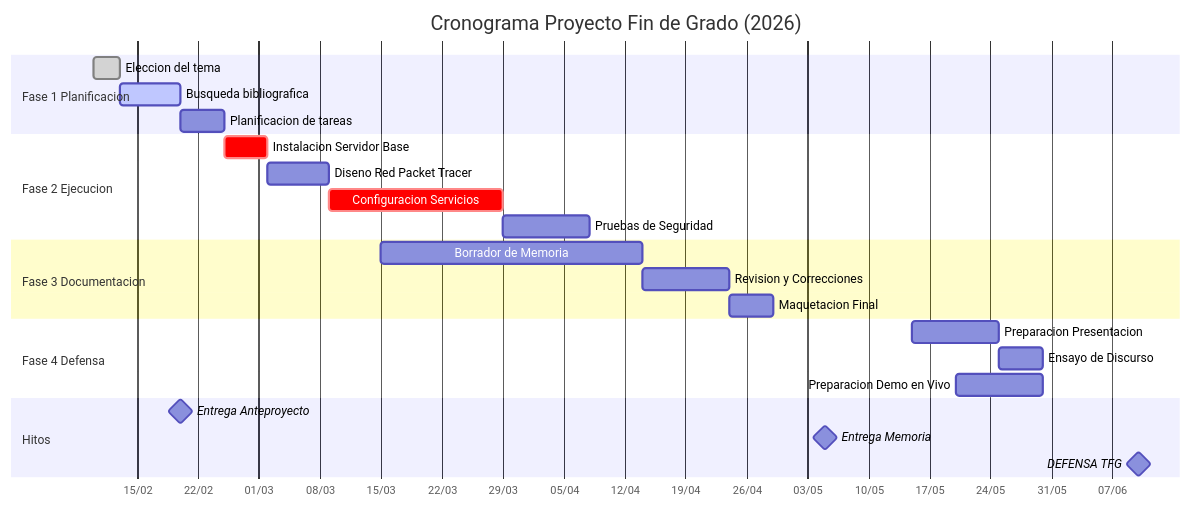
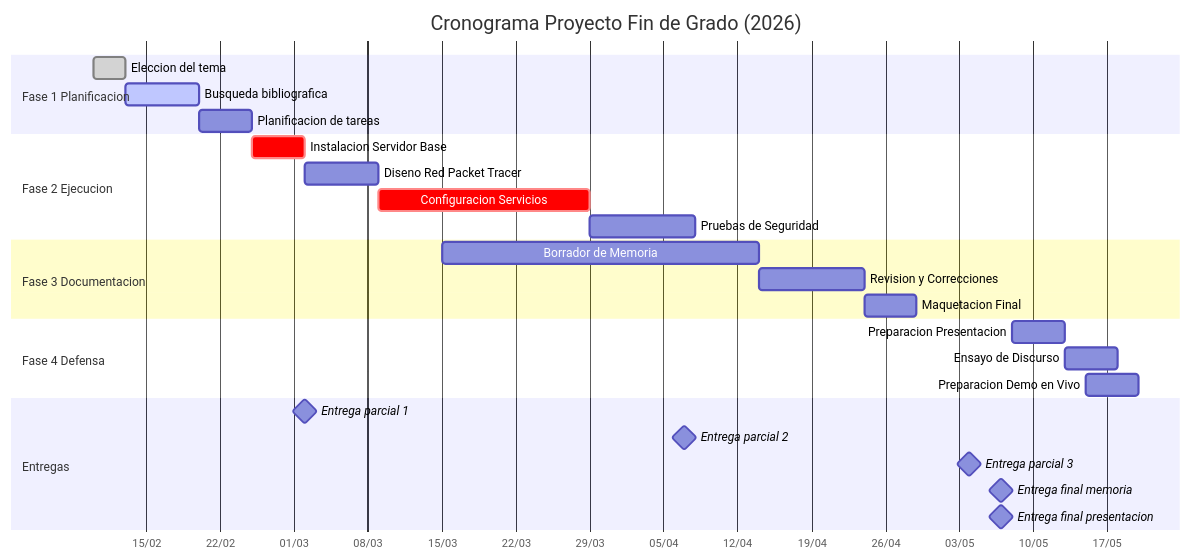
Before and after one commit to Azulma/ASIR: the diagram in README.md, drawn with Mermaid.

````diff
--- a/README.md
+++ b/README.md
@@ -3,32 +3,34 @@
 ```mermaid
 gantt
     title Cronograma Proyecto Fin de Grado (2026)
     dateFormat  YYYY-MM-DD
     axisFormat  %d/%m
 
     section Fase 1 Planificacion
     Eleccion del tema           :done,    F1a, 2026-02-10, 3d
     Busqueda bibliografica      :active,  F1b, after F1a, 7d
     Planificacion de tareas     :         F1c, after F1b, 5d
 
     section Fase 2 Ejecucion
     Instalacion Servidor Base   :crit,    F2a, 2026-02-25, 5d
     Diseno Red Packet Tracer    :         F2b, after F2a, 7d
     Configuracion Servicios     :crit,    F2c, after F2b, 20d
     Pruebas de Seguridad        :         F2d, after F2c, 10d
 
     section Fase 3 Documentacion
     Borrador de Memoria         :         F3a, 2026-03-15, 30d
     Revision y Correcciones     :         F3b, after F3a, 10d
     Maquetacion Final           :         F3c, after F3b, 5d
 
     section Fase 4 Defensa
-    Preparacion Presentacion    :         F4a, 2026-05-15, 10d
+    Preparacion Presentacion    :         F4a, 2026-05-08, 5d
     Ensayo de Discurso          :         F4b, after F4a, 5d
-    Preparacion Demo en Vivo    :         F4c, 2026-05-20, 10d
+    Preparacion Demo en Vivo    :         F4c, 2026-05-15, 5d
 
-    section Hitos
-    Entrega Anteproyecto        :milestone, 2026-02-20, 0d
-    Entrega Memoria             :milestone, 2026-05-05, 0d
-    DEFENSA TFG                 :milestone, 2026-06-10, 0d
+    section Entregas
+    Entrega parcial 1           :milestone, 2026-03-02, 0d
+    Entrega parcial 2           :milestone, 2026-04-07, 0d
+    Entrega parcial 3           :milestone, 2026-05-04, 0d
+    Entrega final memoria       :milestone, 2026-05-07, 0d
+    Entrega final presentacion  :milestone, 2026-05-07, 0d
 ```
````
